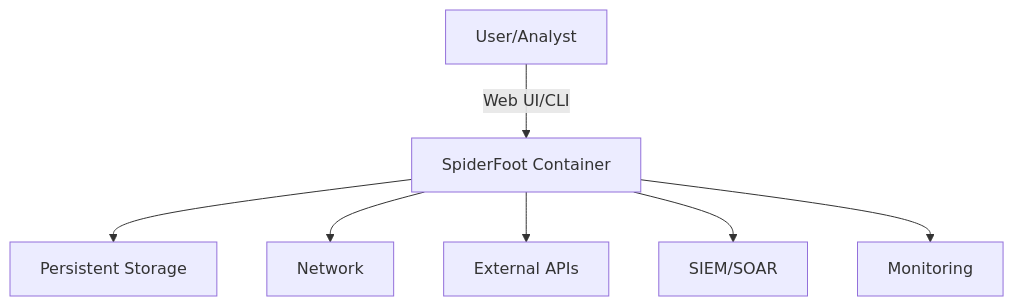
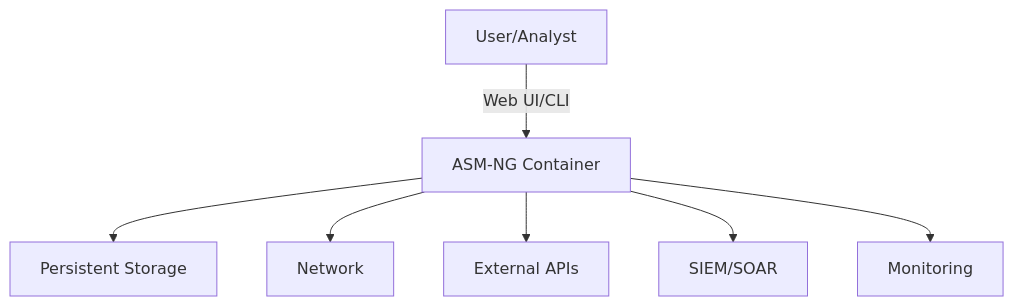
The third of 3 diagrams in README.md (0x31i/asm-ng), drawn with Mermaid before and after one commit. The commit also changed other lines of this file and 40 other files, not shown here.

````diff
--- a/README.md
+++ b/README.md
@@ -134,9 +133,9 @@
 ```mermaid
 graph TD;
-    A[User/Analyst] -->|Web UI/CLI| B[SpiderFoot Container];
+    A[User/Analyst] -->|Web UI/CLI| B[ASM-NG Container];
     B --> C[Persistent Storage];
     B --> D[Network];
     B --> E[External APIs];
     B --> F[SIEM/SOAR];
     B --> G[Monitoring];
 ```
````
